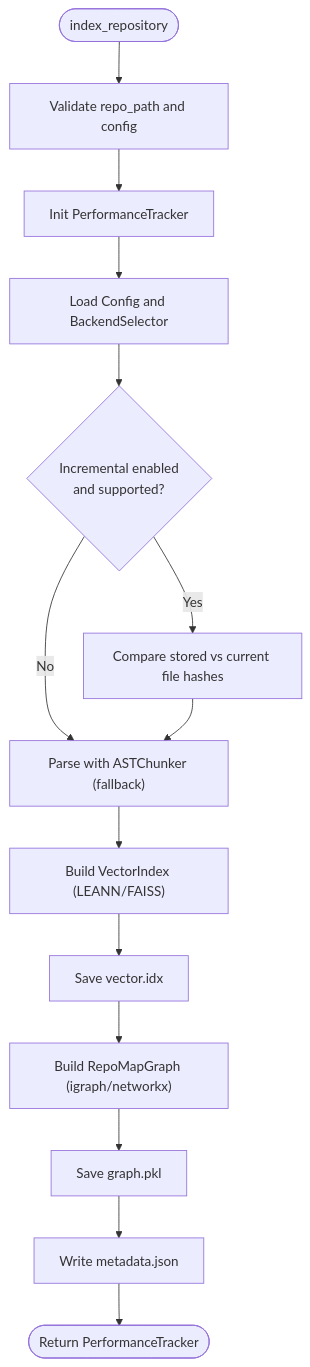
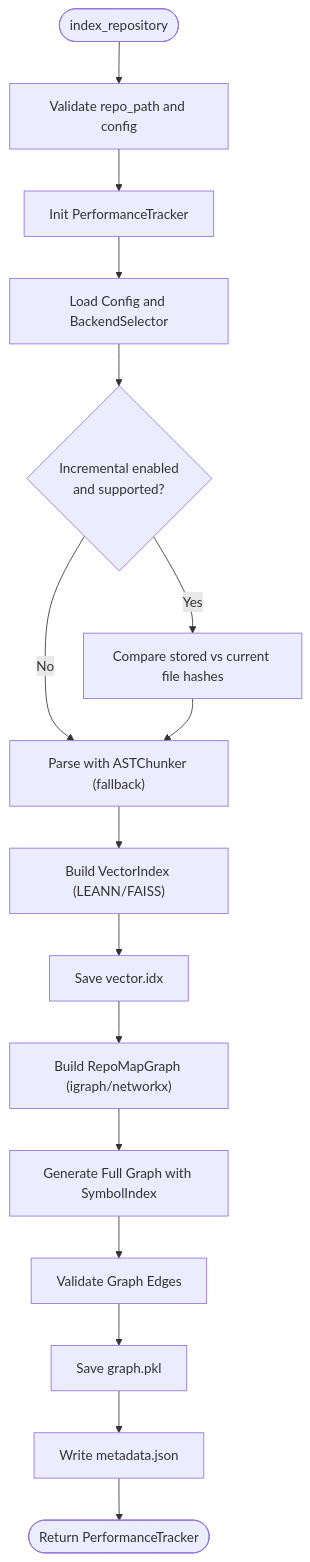
One commit to maemreyo/zmr-ctx-paker changed the fourth of 14 diagrams in .qoder/repowiki/en/content/Core Modules/Core Modules.md. Above: the diagram before and after it, drawn with Mermaid. The commit also changed other lines of this file and 25 other files, not shown here.

````diff
--- a/.qoder/repowiki/en/content/Core Modules/Core Modules.md
+++ b/.qoder/repowiki/en/content/Core Modules/Core Modules.md
@@ -207,16 +281,18 @@
 ```mermaid
 flowchart TD
 Start(["index_repository"]) --> CheckPaths["Validate repo_path and config"]
 CheckPaths --> InitTracker["Init PerformanceTracker"]
 InitTracker --> LoadCfg["Load Config and BackendSelector"]
 LoadCfg --> DetectInc{"Incremental enabled<br/>and supported?"}
 DetectInc --> |Yes| Hashes["Compare stored vs current file hashes"]
 DetectInc --> |No| Parse["Parse with ASTChunker (fallback)"]
 Hashes --> Parse
 Parse --> BuildVI["Build VectorIndex (LEANN/FAISS)"]
 BuildVI --> SaveVI["Save vector.idx"]
 SaveVI --> BuildGR["Build RepoMapGraph (igraph/networkx)"]
-BuildGR --> SaveGR["Save graph.pkl"]
+BuildGR --> GenFullGraph["Generate Full Graph with SymbolIndex"]
+GenFullGraph --> ValidateGraph["Validate Graph Edges"]
+ValidateGraph --> SaveGR["Save graph.pkl"]
 SaveGR --> SaveMeta["Write metadata.json"]
 SaveMeta --> Done(["Return PerformanceTracker"])
 ```
````
